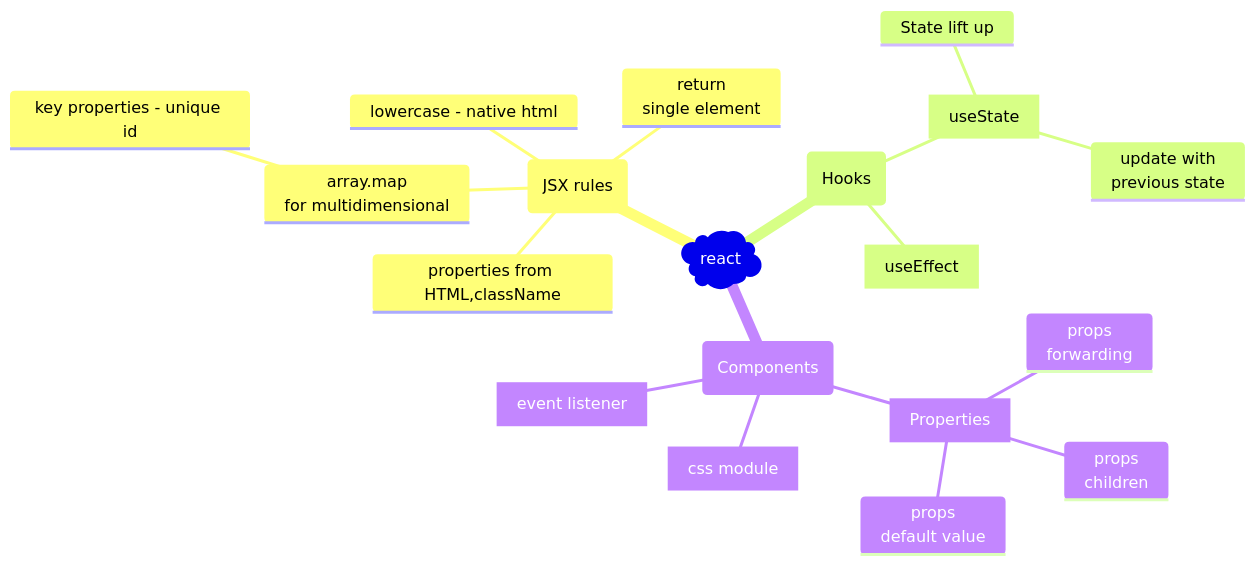
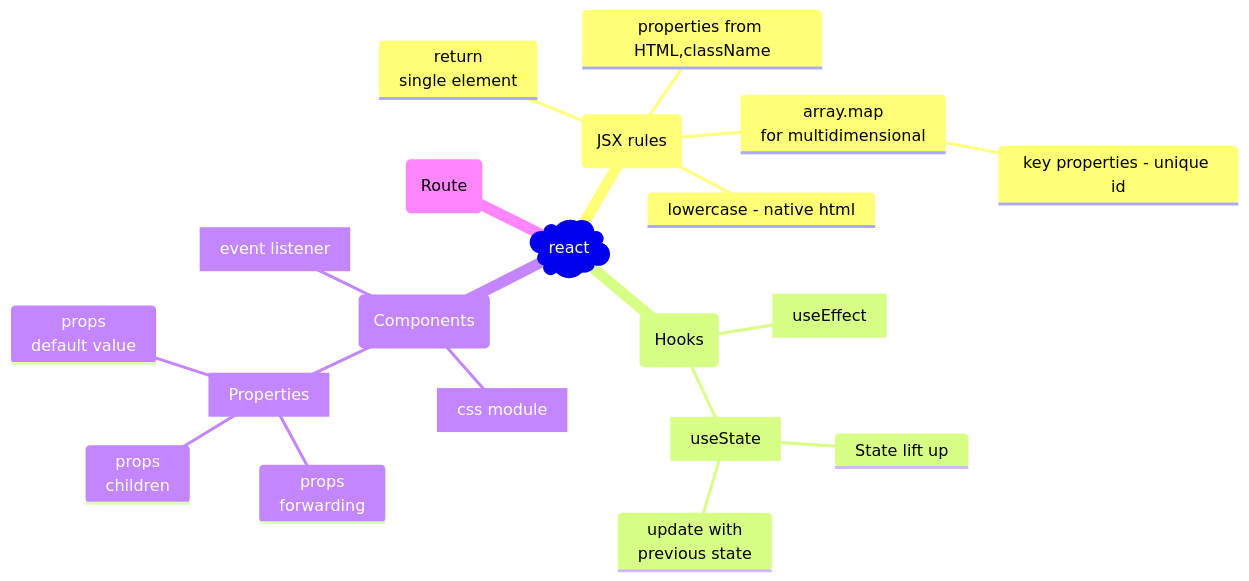
One commit to cherkavi/javascripting changed the first of 2 diagrams in react/README.md. Above: the diagram before and after it, drawn with Mermaid. The commit also changed 8 other files, not shown here.

````diff
--- a/react/README.md
+++ b/react/README.md
@@ -6,22 +6,24 @@
 ```mermaid
 mindmap
 )react(
     (JSX rules)
         return<br/>single element
         properties from HTML,className
         lowercase - native html
         array.map<br>for multidimensional
             key properties - unique id
     (Hooks)
         [useState]
             State lift up
             update with<br>previous state
         [useEffect]
     (Components)
         [Properties]
             props<br>forwarding
             props<br>children
             props<br>default value
         [css module]
         [event listener]
+    (Route)
+    
 ```
````
